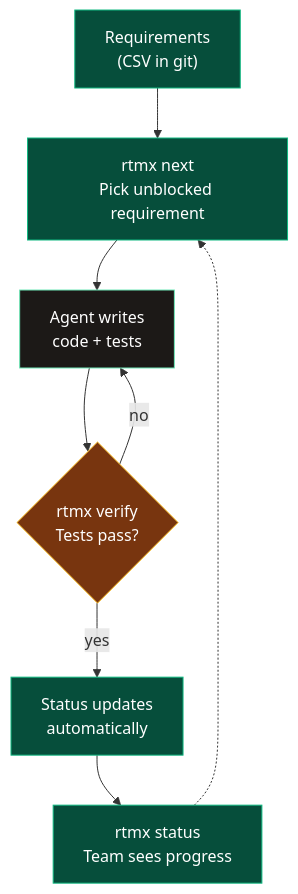
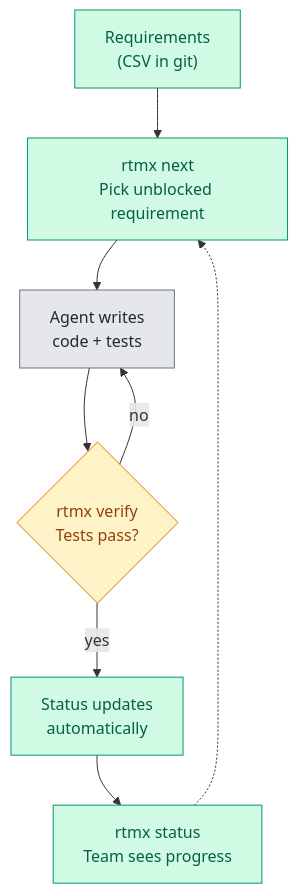
Before and after one commit to rtmx-ai/rtmx: the first of 3 diagrams in README.md, drawn with Mermaid. The commit also changed other lines of this file and 3 other files, not shown here.

First line of the commit message:
fix: Mermaid diagram contrast and vertical MCP layout (#107)

````diff
--- a/README.md
+++ b/README.md
@@ -43,17 +43,17 @@
 ```mermaid
 flowchart TD
     A["Requirements\n(CSV in git)"] --> B["rtmx next\nPick unblocked requirement"]
     B --> C["Agent writes\ncode + tests"]
     C --> D{"rtmx verify\nTests pass?"}
     D -- yes --> E["Status updates\nautomatically"]
     D -- no --> C
     E --> F["rtmx status\nTeam sees progress"]
     F -.-> B
 
-    style A fill:#064e3b,stroke:#10b981,color:#fff
-    style B fill:#064e3b,stroke:#10b981,color:#fff
-    style C fill:#1c1917,stroke:#6ee7b7,color:#fff
-    style D fill:#78350f,stroke:#fbbf24,color:#fff
-    style E fill:#064e3b,stroke:#10b981,color:#fff
-    style F fill:#064e3b,stroke:#10b981,color:#fff
+    style A fill:#d1fae5,stroke:#059669,color:#065f46
+    style B fill:#d1fae5,stroke:#059669,color:#065f46
+    style C fill:#e5e7eb,stroke:#6b7280,color:#1f2937
+    style D fill:#fef3c7,stroke:#d97706,color:#92400e
+    style E fill:#d1fae5,stroke:#059669,color:#065f46
+    style F fill:#d1fae5,stroke:#059669,color:#065f46
 ```
````
